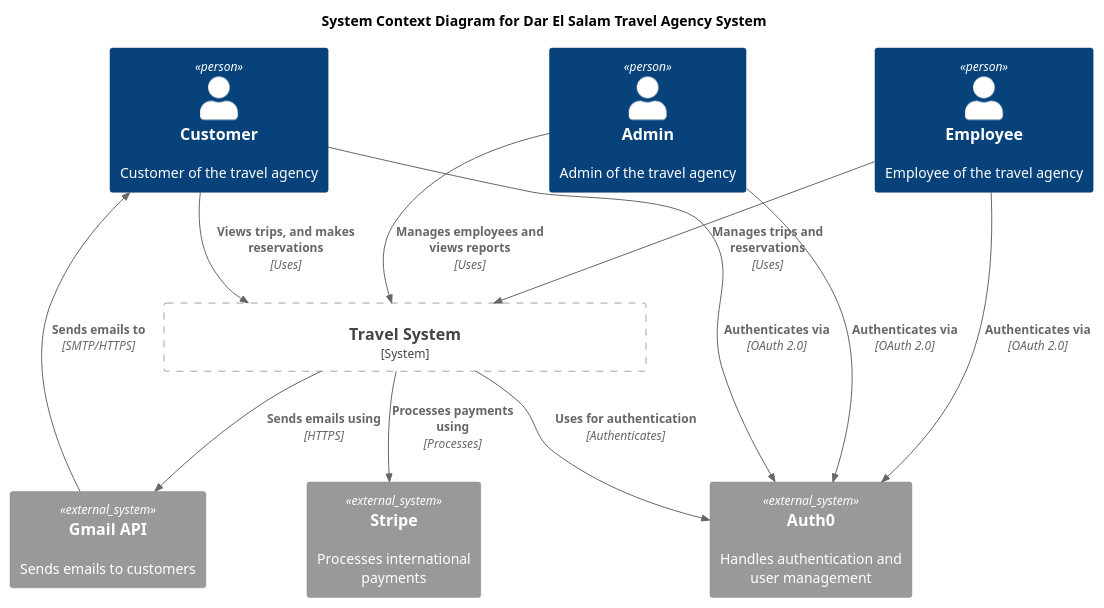
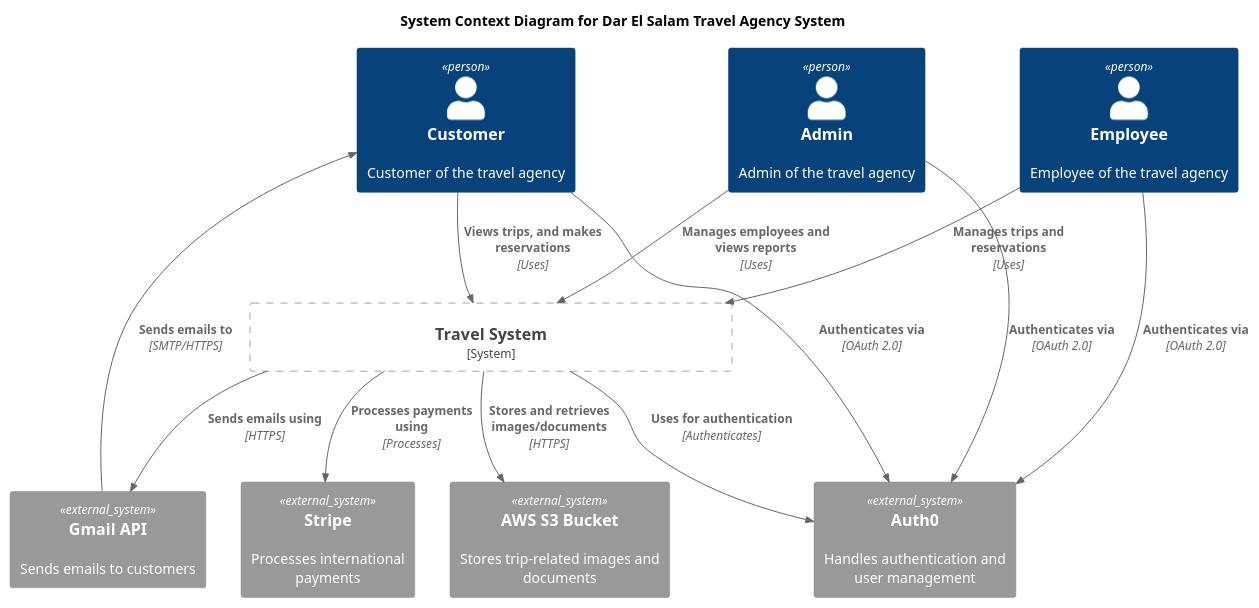
One commit to Hares-2088/TravelTrove changed the diagram in diagrams/C4/c4_L1.puml. Above: the diagram before and after it, drawn with PlantUML. The commit also changed 9 other files, not shown here.

Commit message:
last diagrams

```diff
--- a/diagrams/C4/c4_L1.puml
+++ b/diagrams/C4/c4_L1.puml
@@ -1,28 +1,31 @@
 @startuml
 !includeurl https://raw.githubusercontent.com/RicardoNiepel/C4-PlantUML/master/C4_Context.puml
 
 title System Context Diagram for Dar El Salam Travel Agency System
 
 Person(customer, "Customer", "Customer of the travel agency")
 Person(employee, "Employee", "Employee of the travel agency")
 Person(admin, "Admin", "Admin of the travel agency")
 
 System_Boundary(travelAgency, "Travel System", "Allows customers to view information about trips and make reservations. Also allows employees to manage trips and reservations")
 
 System_Ext(GmailAPI, "Gmail API", "Sends emails to customers")
 System_Ext(Stripe, "Stripe", "Processes international payments")
 System_Ext(Auth0, "Auth0", "Handles authentication and user management")
+System_Ext(S3Bucket, "AWS S3 Bucket", "Stores trip-related images and documents")
 
 Rel(employee, travelAgency, "Manages trips and reservations", "Uses")
 Rel(customer, travelAgency, "Views trips, and makes reservations", "Uses")
 Rel(admin, travelAgency, "Manages employees and views reports", "Uses")
 
 Rel(travelAgency, GmailAPI, "Sends emails using", "HTTPS")
 Rel(GmailAPI, customer, "Sends emails to", "SMTP/HTTPS")
 Rel(travelAgency, Stripe, "Processes payments using", "Processes")
 Rel(customer, Auth0, "Authenticates via", "OAuth 2.0")
 Rel(employee, Auth0, "Authenticates via", "OAuth 2.0")
 Rel(admin, Auth0, "Authenticates via", "OAuth 2.0")
 Rel(travelAgency, Auth0, "Uses for authentication", "Authenticates")
 
+Rel(travelAgency, S3Bucket, "Stores and retrieves images/documents", "HTTPS")
+
 @enduml
```
